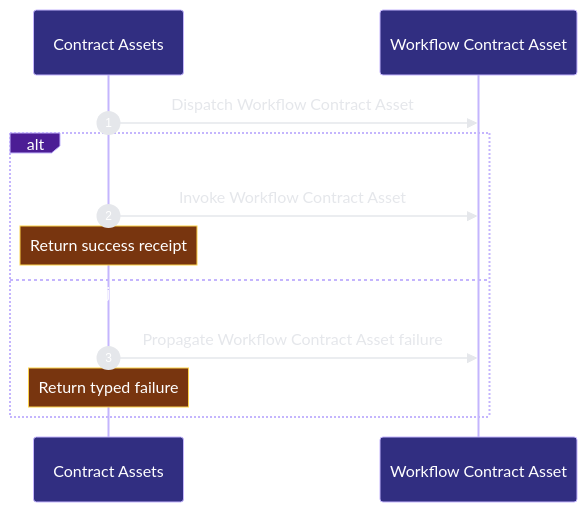
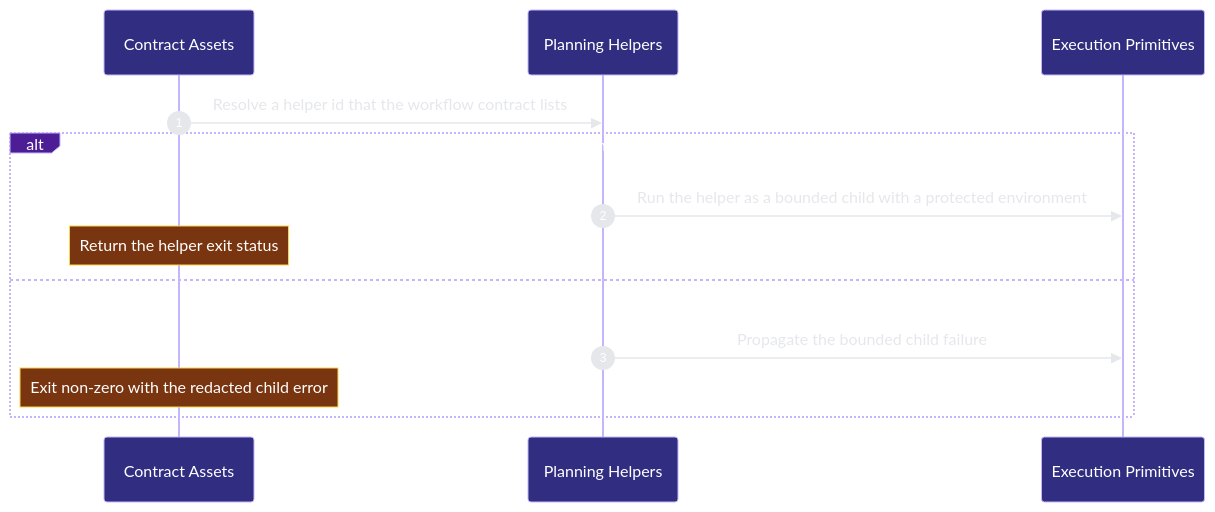
The third of 3 diagrams in docs/architecture/modules/workflow-engine/contract-assets.md (Ancienttwo/repo-harness), drawn with Mermaid before and after one commit. The commit also changed other lines of this file and 50 other files, not shown here.

First line of the commit message:
arch(workflow-engine): model workflow-state and execution-primitives, decompose contract-assets

````diff
--- a/docs/architecture/modules/workflow-engine/contract-assets.md
+++ b/docs/architecture/modules/workflow-engine/contract-assets.md
@@ -55,15 +91,16 @@
 ```mermaid
 %%{init: {"theme":"base","themeVariables":{"background":"#0d1117","actorBkg":"#312e81","actorBorder":"#c4b5fd","actorTextColor":"#ffffff","signalColor":"#e5e7eb","signalTextColor":"#e5e7eb","labelBoxBkgColor":"#4c1d95","labelBoxBorderColor":"#c4b5fd","labelTextColor":"#ffffff","noteBkgColor":"#78350f","noteBorderColor":"#fcd34d","noteTextColor":"#ffffff","sequenceNumberColor":"#ffffff"}}}%%
 sequenceDiagram
   autonumber
   participant p2_capability_4262990f as Contract Assets
-  participant p2_component_7b8d80ff as Workflow Contract Asset
-  p2_capability_4262990f->>p2_component_7b8d80ff: Dispatch Workflow Contract Asset
-  alt Project the workflow contract completes
-  p2_capability_4262990f->>p2_component_7b8d80ff: Invoke Workflow Contract Asset
-    Note over p2_capability_4262990f: Return success receipt
-  else Project the workflow contract is rejected or fails
-  p2_capability_4262990f->>p2_component_7b8d80ff: Propagate Workflow Contract Asset failure
-    Note over p2_capability_4262990f: Return typed failure
+  participant p2_helpers_21137951 as Planning Helpers
+  participant p2_primitives_8dae000d as Execution Primitives
+  p2_capability_4262990f->>p2_helpers_21137951: Resolve a helper id that the workflow contract lists
+  alt The helper exits zero inside its timeout class
+  p2_helpers_21137951->>p2_primitives_8dae000d: Run the helper as a bounded child with a protected environment
+    Note over p2_capability_4262990f: Return the helper exit status
+  else The helper is not listed or fails or times out
+  p2_helpers_21137951->>p2_primitives_8dae000d: Propagate the bounded child failure
+    Note over p2_capability_4262990f: Exit non-zero with the redacted child error
   end
 ```
````
